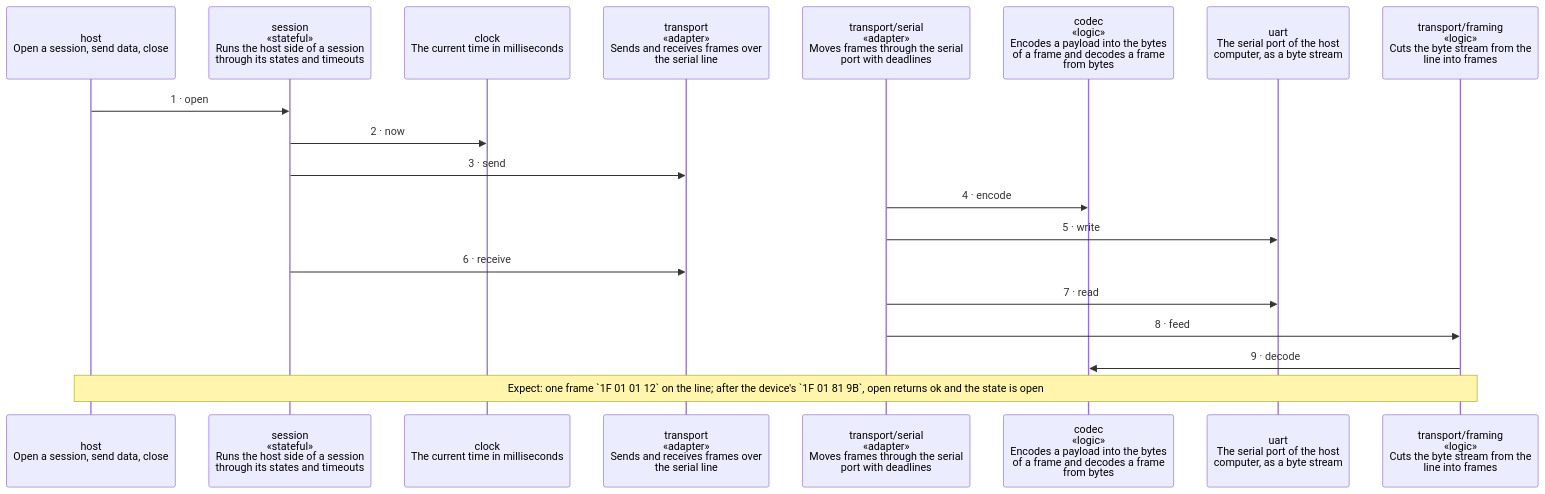
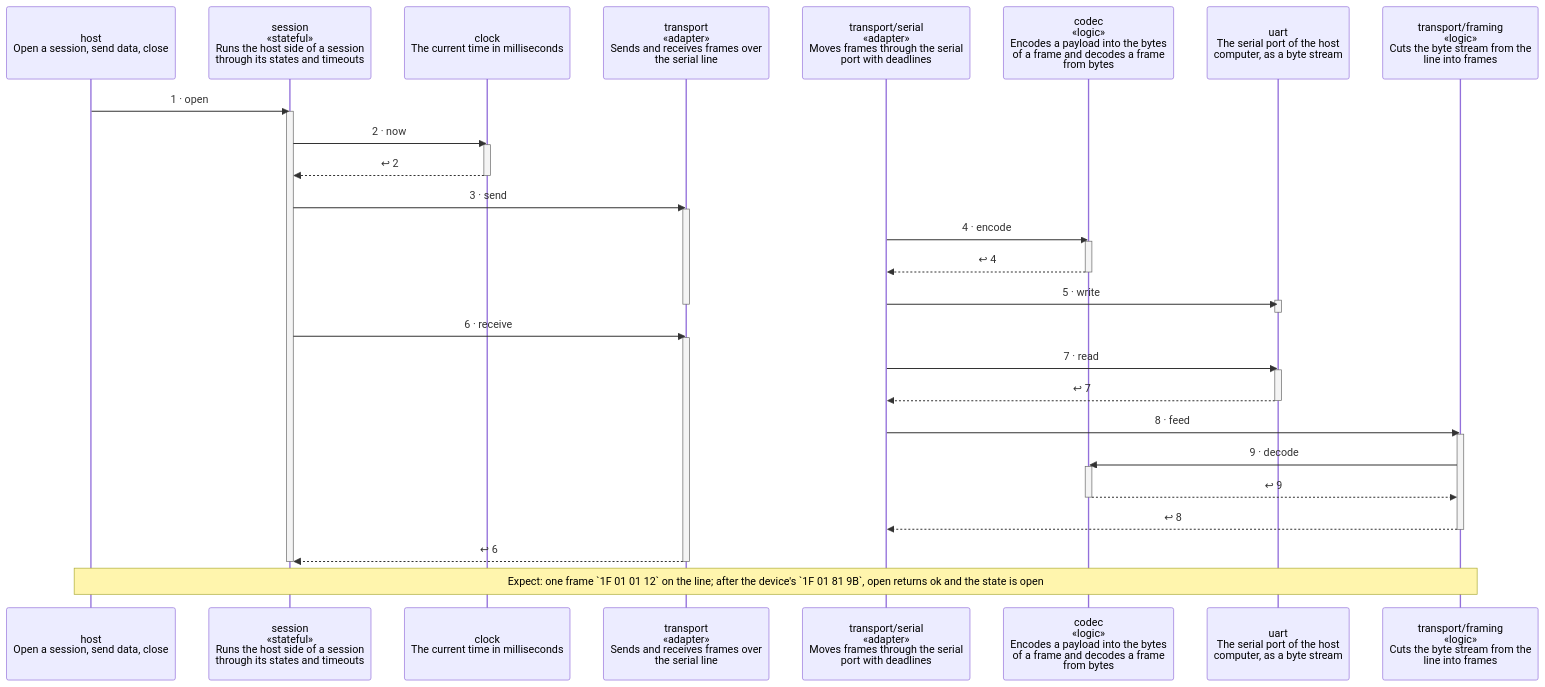
Before and after one commit to wackazong/unifold: the diagram in examples/serial-line/docs/diagrams/scenario-open.md, drawn with Mermaid. The commit also changed other lines of this file and 25 other files, not shown here.

````diff
--- a/examples/serial-line/docs/diagrams/scenario-open.md
+++ b/examples/serial-line/docs/diagrams/scenario-open.md
@@ -12,26 +12,50 @@
 ```mermaid
 ---
 config:
   sequence:
     height: 108
 ---
 sequenceDiagram
   participant phost as host<br/>Open a session, send data, close
   participant psession as session<br/>«stateful»<br/>Runs the host side of a session<br/>through its states and timeouts
   participant pclock as clock<br/>The current time in milliseconds
   participant ptransport as transport<br/>«adapter»<br/>Sends and receives frames over<br/>the serial line
   participant ptransport__serial as transport/serial<br/>«adapter»<br/>Moves frames through the serial<br/>port with deadlines
   participant pcodec as codec<br/>«logic»<br/>Encodes a payload into the bytes<br/>of a frame and decodes a frame<br/>from bytes
   participant puart as uart<br/>The serial port of the host<br/>computer, as a byte stream
   participant ptransport__framing as transport/framing<br/>«logic»<br/>Cuts the byte stream from the<br/>line into frames
   phost->>psession: 1 · open
+  activate psession
   psession->>pclock: 2 · now
+  activate pclock
+  pclock-->>psession: ↩ 2
+  deactivate pclock
   psession->>ptransport: 3 · send
+  activate ptransport
   ptransport__serial->>pcodec: 4 · encode
+  activate pcodec
+  pcodec-->>ptransport__serial: ↩ 4
+  deactivate pcodec
   ptransport__serial->>puart: 5 · write
+  activate puart
+  deactivate puart
+  deactivate ptransport
   psession->>ptransport: 6 · receive
+  activate ptransport
   ptransport__serial->>puart: 7 · read
+  activate puart
+  puart-->>ptransport__serial: ↩ 7
+  deactivate puart
   ptransport__serial->>ptransport__framing: 8 · feed
+  activate ptransport__framing
   ptransport__framing->>pcodec: 9 · decode
+  activate pcodec
+  pcodec-->>ptransport__framing: ↩ 9
+  deactivate pcodec
+  ptransport__framing-->>ptransport__serial: ↩ 8
+  deactivate ptransport__framing
+  ptransport-->>psession: ↩ 6
+  deactivate ptransport
+  deactivate psession
   Note over phost,ptransport__framing: wrap: Expect: one frame `1F 01 01 12` on the line#59; after the device's `1F 01 81 9B`, open returns ok and the state is open
 ```
````
